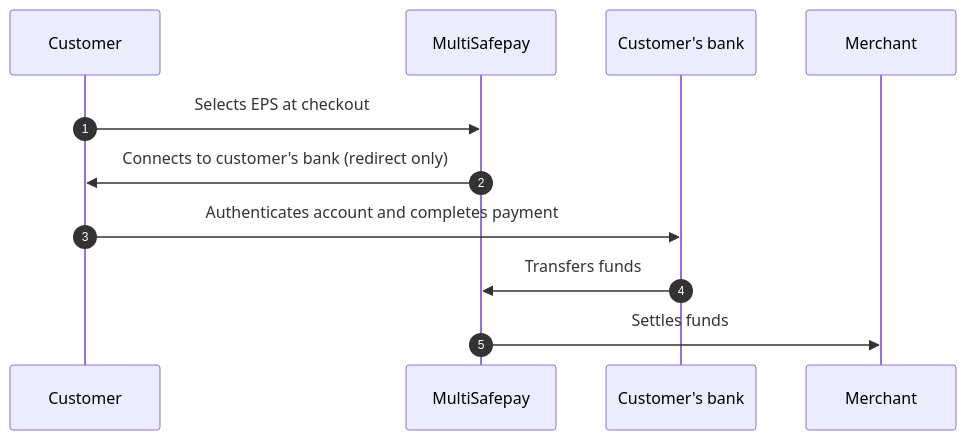
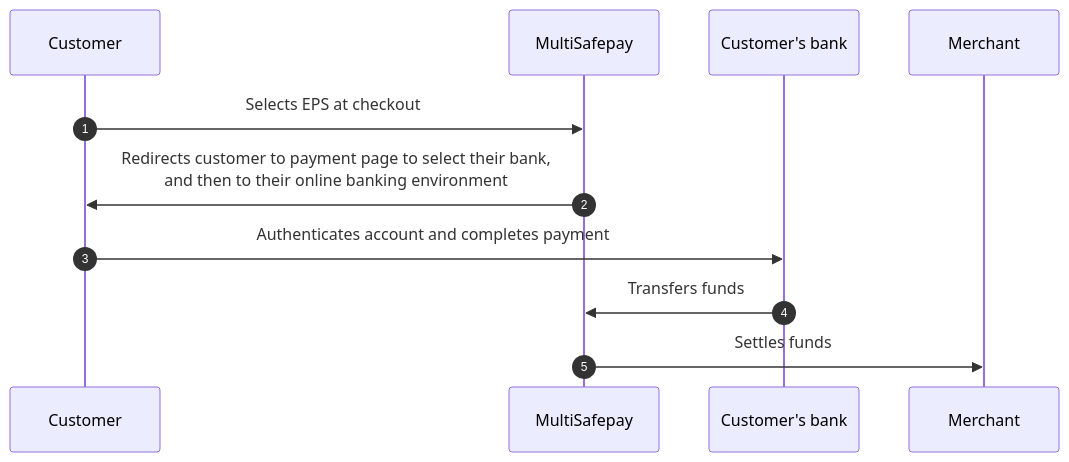
One commit to MultiSafepay/docs changed the diagram in content/payments/methods/banks/eps/payment-flow.md. Above: the diagram before and after it, drawn with Mermaid. The commit also changed other lines of this file and 20 other files, not shown here.

```diff
--- a/content/payments/methods/banks/eps/payment-flow.md
+++ b/content/payments/methods/banks/eps/payment-flow.md
@@ -17,16 +17,16 @@
 {{< mermaid class="text-center" >}}
 
 sequenceDiagram
     autonumber
     participant C as Customer
     participant Mu as MultiSafepay
     participant CB as Customer's bank
     participant Me as Merchant
 
     C->>Mu: Selects EPS at checkout
-    Mu->>C: Connects to customer's bank (redirect only)
+    Mu->>C: Redirects customer to payment page to select their bank, <br> and then to their online banking environment
     C->>CB: Authenticates account and completes payment
     CB->>Mu: Transfers funds 
     Mu->>Me: Settles funds
 
 {{< /mermaid >}}
```
